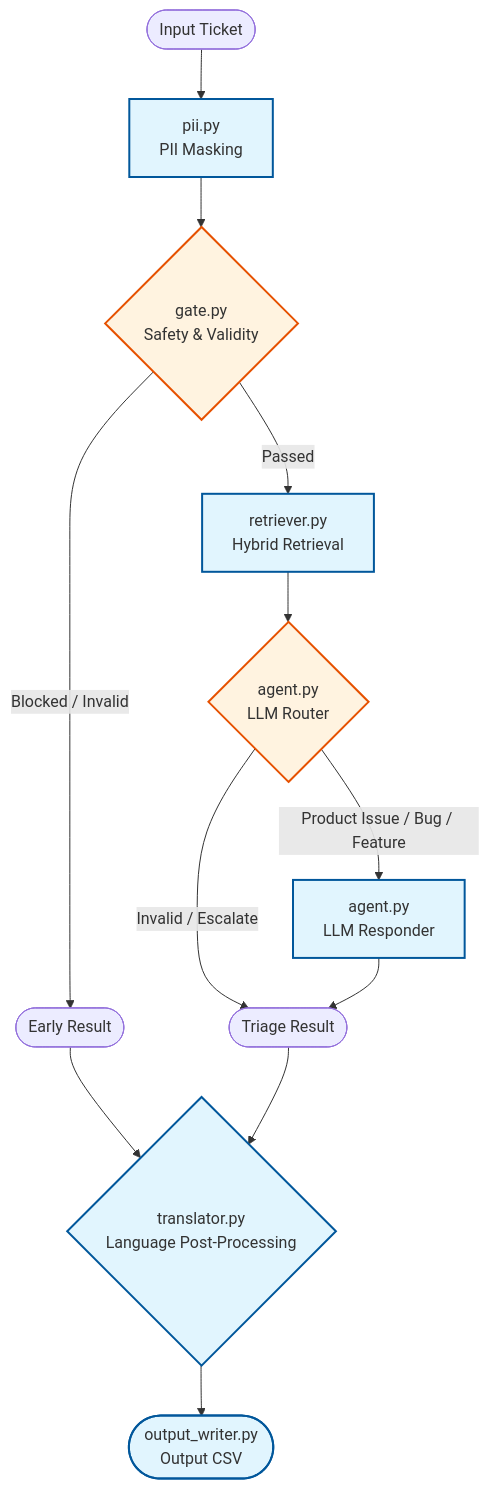
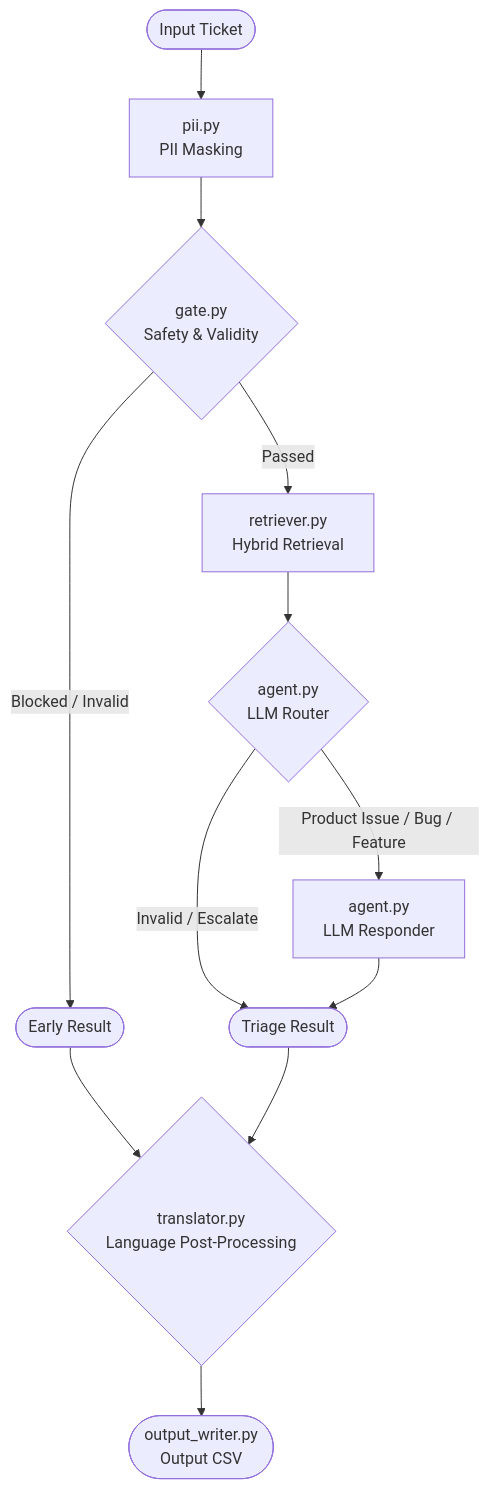
One commit to adityabavadekar/hackerrank-ochestrate changed the diagram in code/README.md. Above: the diagram before and after it, drawn with Mermaid. The commit also changed other lines of this file and 8 other files, not shown here.

````diff
--- a/code/README.md
+++ b/code/README.md
@@ -11,19 +7,17 @@
 ```mermaid
 graph TD
     A([Input Ticket]) --> B[pii.py<br>PII Masking]
     B --> C{gate.py<br>Safety & Validity}
     C -- "Blocked / Invalid" --> D([Early Result])
     C -- "Passed" --> E[retriever.py<br>Hybrid Retrieval]
     E --> F{agent.py<br>LLM Router}
     F -- "Invalid / Escalate" --> G([Triage Result])
     F -- "Product Issue / Bug / Feature" --> H[agent.py<br>LLM Responder]
     H --> G
     D --> I{translator.py<br>Language Post-Processing}
     G --> I
     I --> J([output_writer.py<br>Output CSV])
 
-    classDef file fill:#e1f5fe,stroke:#01579b,stroke-width:2px;
-    classDef logic fill:#fff3e0,stroke:#e65100,stroke-width:2px;
     class B,E,H,I,J file;
     class C,F logic;
 ```
````
